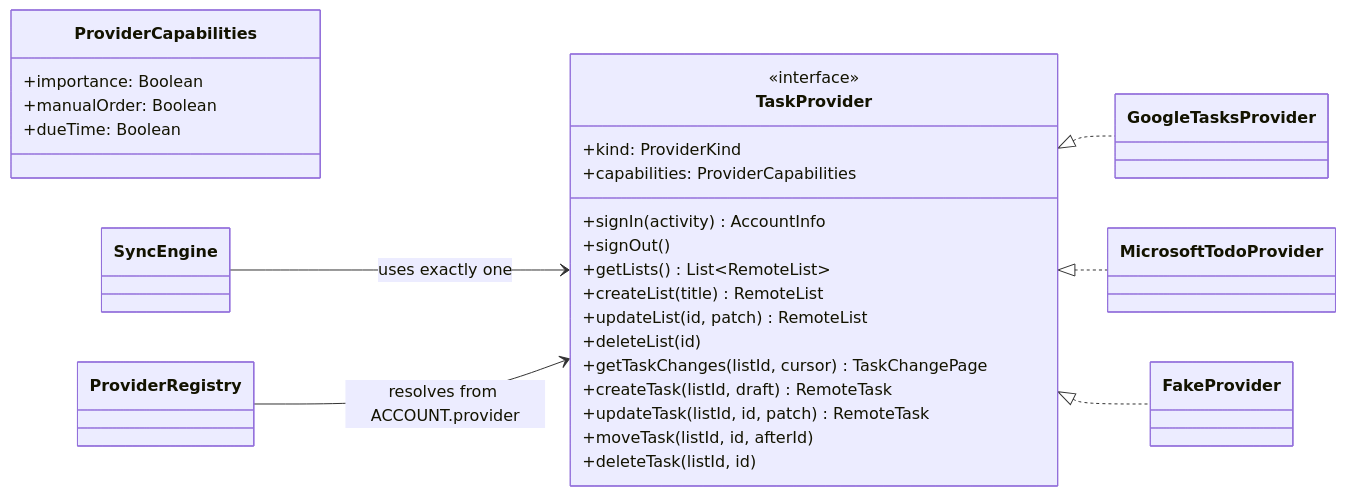
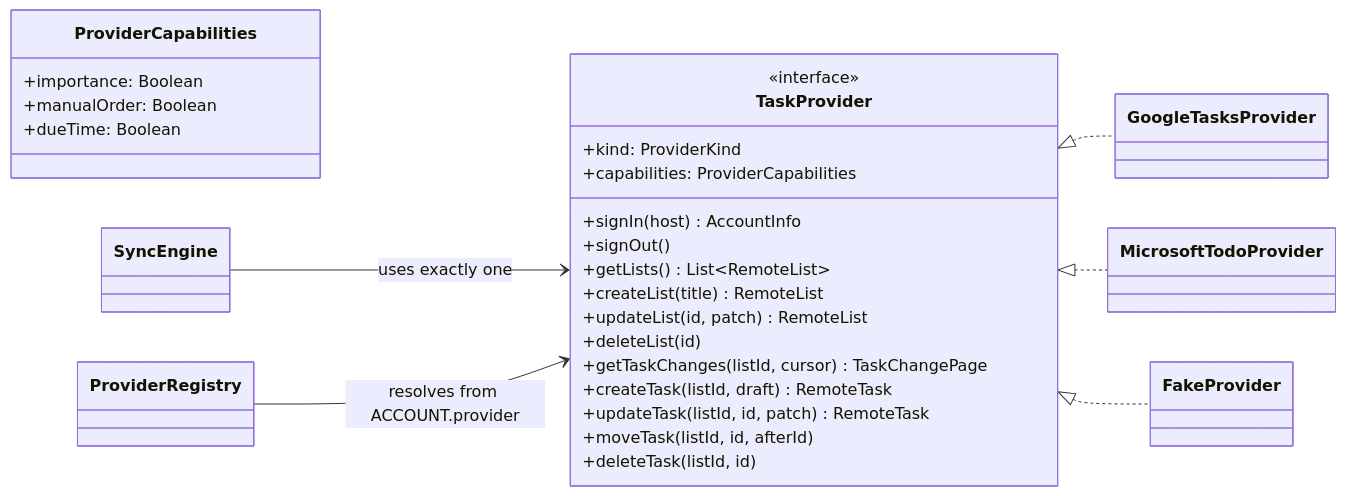
One commit to samekh248/duenorthtasks changed the diagram in specs/001-metro-todo-app/contracts/task-provider.md. Above: the diagram before and after it, drawn with Mermaid. The commit also changed other lines of this file and 10 other files, not shown here.

````diff
--- a/specs/001-metro-todo-app/contracts/task-provider.md
+++ b/specs/001-metro-todo-app/contracts/task-provider.md
@@ -7,30 +7,30 @@
 ```mermaid
 classDiagram
     direction LR
     class TaskProvider {
         <<interface>>
         +kind: ProviderKind
         +capabilities: ProviderCapabilities
-        +signIn(activity) AccountInfo
+        +signIn(host) AccountInfo
         +signOut()
         +getLists() List~RemoteList~
         +createList(title) RemoteList
         +updateList(id, patch) RemoteList
         +deleteList(id)
         +getTaskChanges(listId, cursor) TaskChangePage
         +createTask(listId, draft) RemoteTask
         +updateTask(listId, id, patch) RemoteTask
         +moveTask(listId, id, afterId)
         +deleteTask(listId, id)
     }
     class ProviderCapabilities {
         +importance: Boolean
         +manualOrder: Boolean
         +dueTime: Boolean
     }
     TaskProvider <|.. GoogleTasksProvider
     TaskProvider <|.. MicrosoftTodoProvider
     TaskProvider <|.. FakeProvider
     SyncEngine --> TaskProvider : uses exactly one
     ProviderRegistry --> TaskProvider : resolves from ACCOUNT.provider
 ```
````
